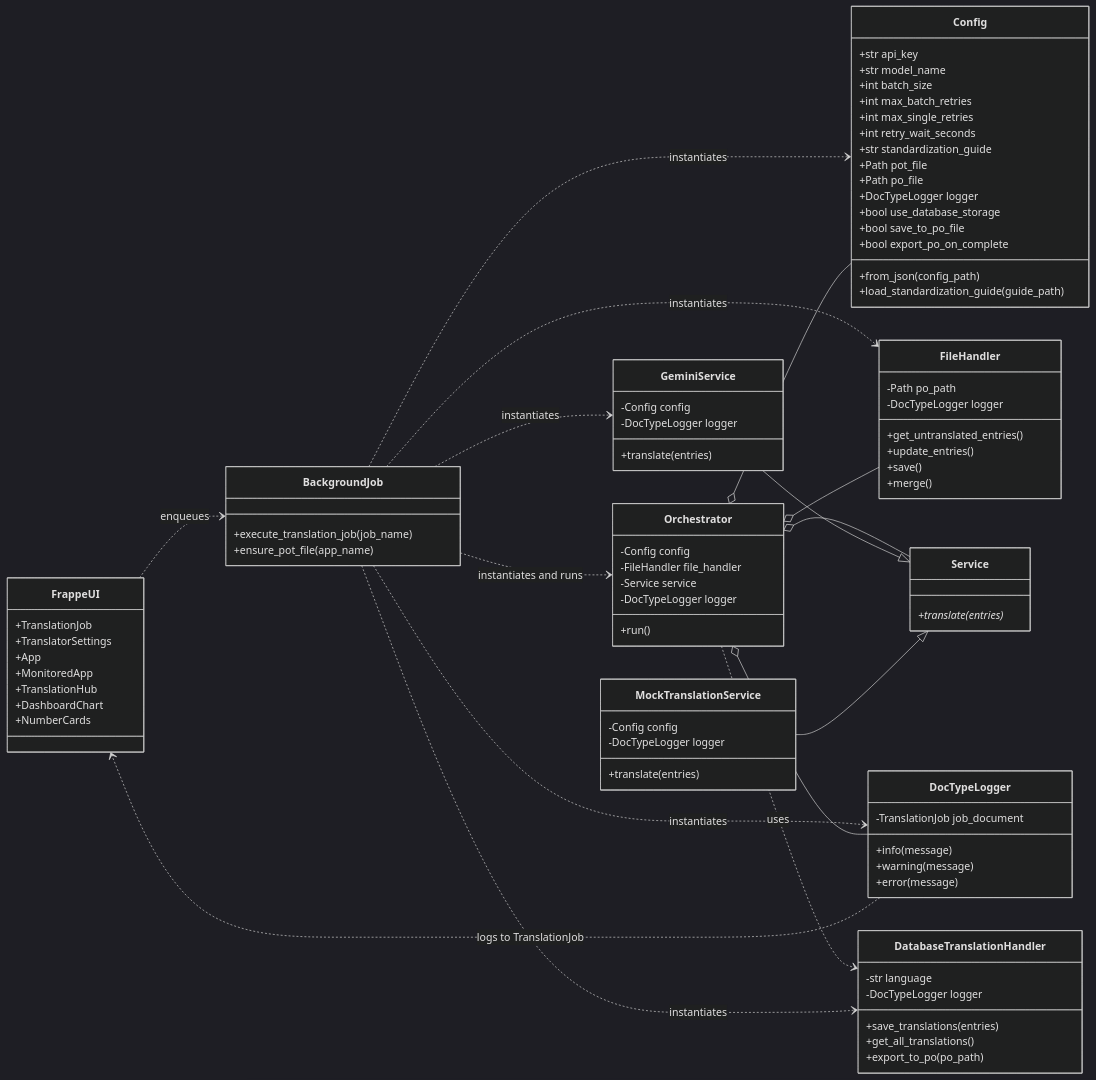
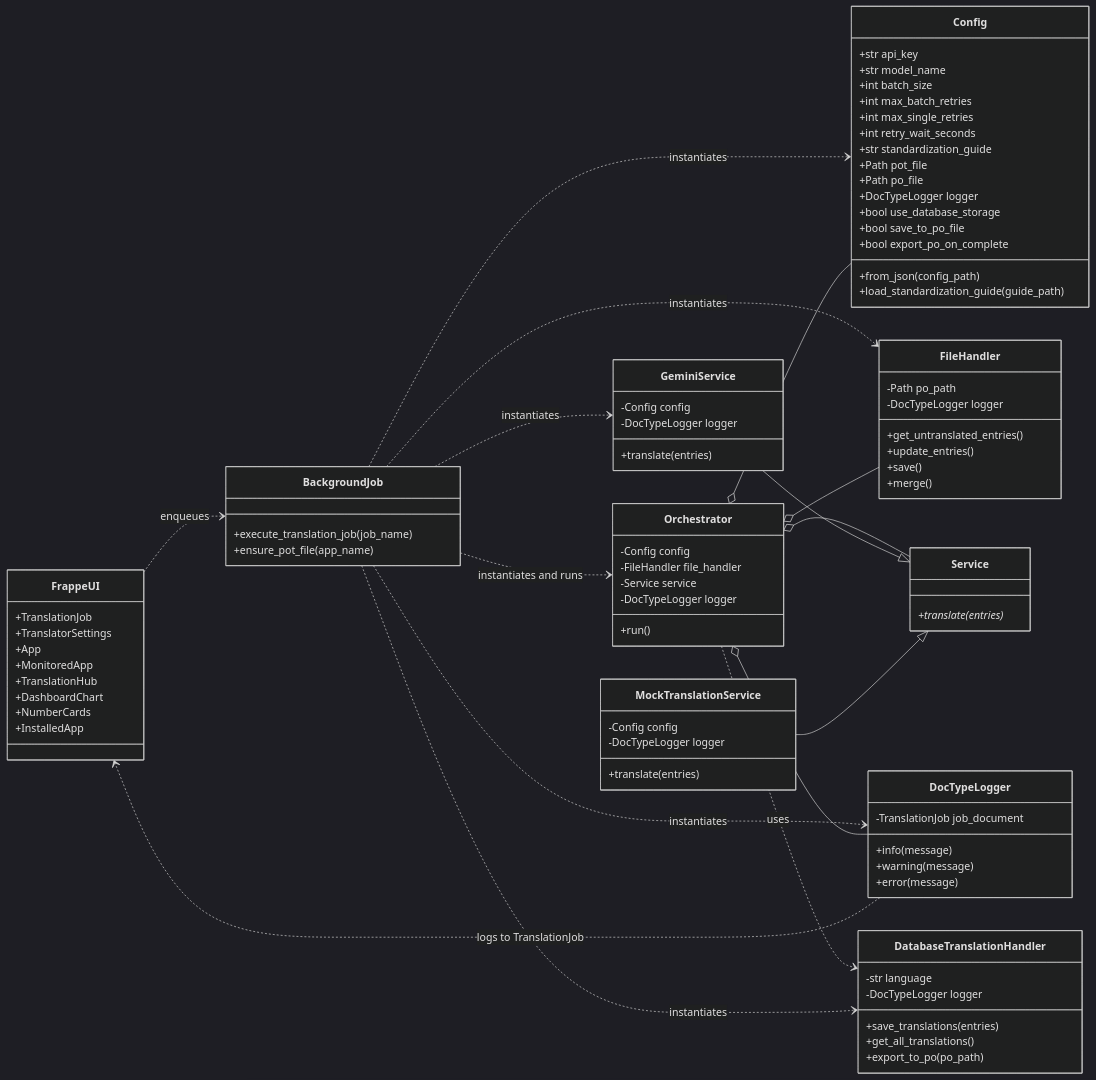
The first of 3 diagrams in docs/developer_guide/architecture.md (SebstnRodri/translation_hub), drawn with Mermaid (dark theme) before and after one commit. The commit also changed other lines of this file and 32 other files, not shown here.

```diff
--- a/docs/developer_guide/architecture.md
+++ b/docs/developer_guide/architecture.md
@@ -83,6 +93,7 @@
         +TranslationHub
         +DashboardChart
         +NumberCards
+        +InstalledApp
     }
 
     class BackgroundJob {
```
